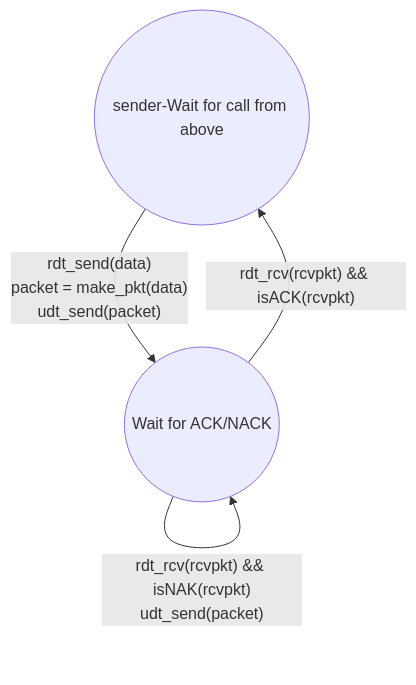
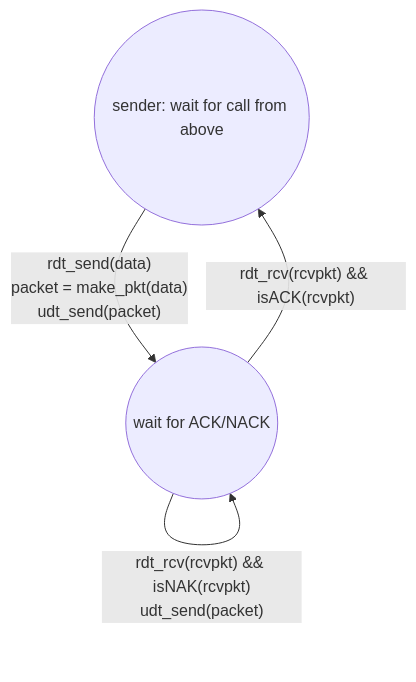
The second of 2 diagrams in content/post/NTUCN-ch3/index.md (Darrin-Lin/darrin-lin.github.io), drawn with Mermaid before and after one commit. The commit also changed other lines of this file and 1 other file, not shown here.

Commit message:
fix: correct Mermaid diagrams in computer network notes

````diff
--- a/content/post/NTUCN-ch3/index.md
+++ b/content/post/NTUCN-ch3/index.md
@@ -80,11 +75,8 @@
 ```mermaid
 graph TD
-    S((sender-Wait for call from above))
-    W((Wait for ACK/NACK))
-    S-- rdt_send(data)
-    packet = make_pkt(data)
-udt_send(packet)-->W
-    W-- rdt_rcv(rcvpkt) && isNAK(rcvpkt)
-udt_send(packet)-->W
-    W-- rdt_rcv(rcvpkt) && isACK(rcvpkt) -->S
+    S((sender: wait for call from above))
+    W((wait for ACK/NACK))
+    S -->|"rdt_send(data)<br/>packet = make_pkt(data)<br/>udt_send(packet)"| W
+    W -->|"rdt_rcv(rcvpkt) && isNAK(rcvpkt)<br/>udt_send(packet)"| W
+    W -->|"rdt_rcv(rcvpkt) && isACK(rcvpkt)"| S
 ```
````
